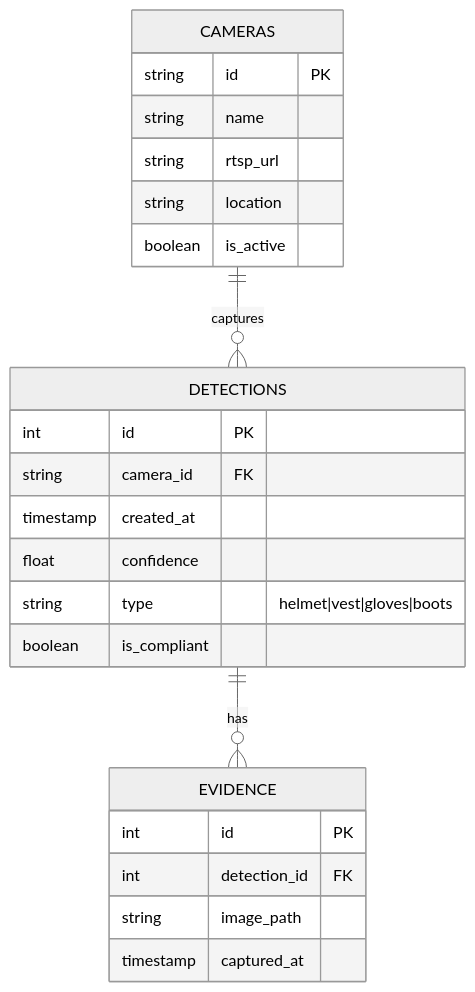
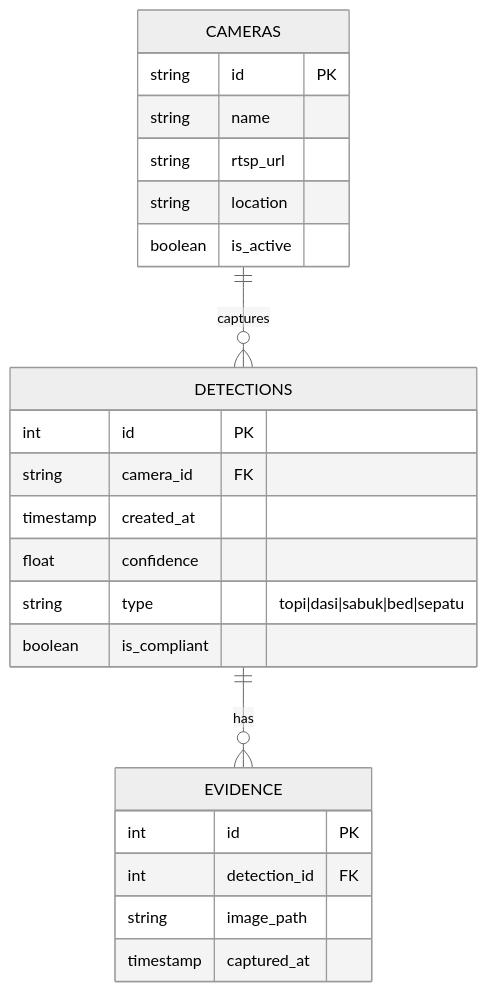
One commit to yhyaa294/sirapi-by-smanero changed the fifth of 5 diagrams in FLOWCHART_SYSTEM.md. Above: the diagram before and after it, drawn with Mermaid (neutral theme). The commit also changed other lines of this file and 187 other files, not shown here.

````diff
--- a/FLOWCHART_SYSTEM.md
+++ b/FLOWCHART_SYSTEM.md
@@ -171,29 +171,29 @@
 ```mermaid
 erDiagram
     DETECTIONS ||--o{ EVIDENCE : has
     CAMERAS ||--o{ DETECTIONS : captures
     
     CAMERAS {
         string id PK
         string name
         string rtsp_url
         string location
         boolean is_active
     }
 
     DETECTIONS {
         int id PK
         string camera_id FK
         timestamp created_at
         float confidence
-        string type "helmet|vest|gloves|boots"
+        string type "topi|dasi|sabuk|bed|sepatu"
         boolean is_compliant
     }
 
     EVIDENCE {
         int id PK
         int detection_id FK
         string image_path
         timestamp captured_at
     }
 ```
````
